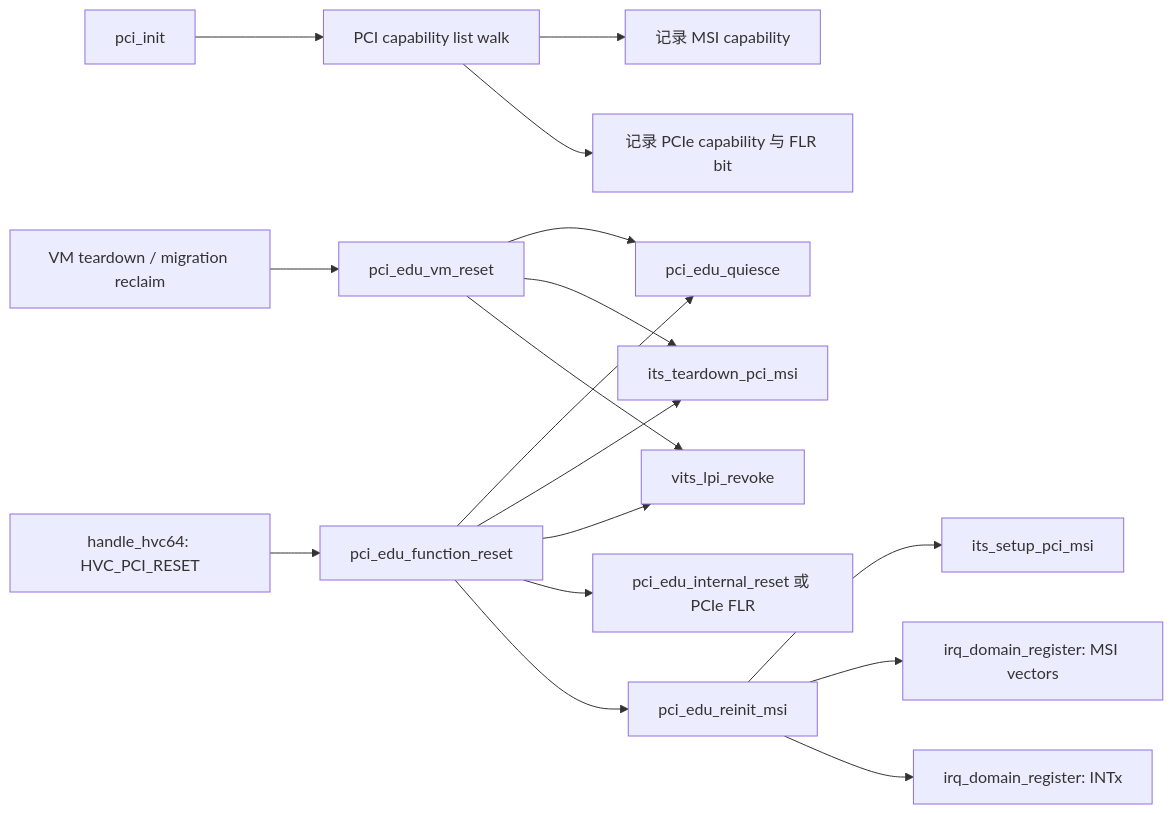
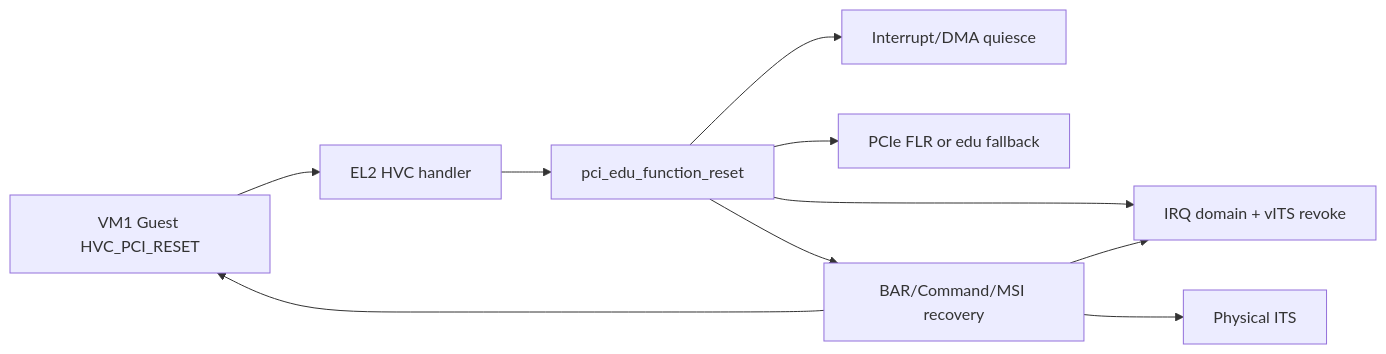
One commit to huangtan203/avisor changed the first of 4 diagrams in docs/Phase106_PCIe_FLR与edu设备复位_详细设计文档.md. Above: the diagram before and after it, drawn with Mermaid. The commit also changed other lines of this file, not shown here.

Commit message:
docs(pci): rebuild Phase 106 reset design

````diff
--- a/docs/Phase106_PCIe_FLR与edu设备复位_详细设计文档.md
+++ b/docs/Phase106_PCIe_FLR与edu设备复位_详细设计文档.md
@@ -46,19 +15,12 @@
 ```mermaid
 flowchart LR
-    A[pci_init] --> B[PCI capability list walk]
-    B --> C[记录 MSI capability]
-    B --> D[记录 PCIe capability 与 FLR bit]
-    E[handle_hvc64: HVC_PCI_RESET] --> F[pci_edu_function_reset]
-    F --> G[pci_edu_quiesce]
-    F --> H[its_teardown_pci_msi]
-    F --> I[vits_lpi_revoke]
-    F --> J[pci_edu_internal_reset 或 PCIe FLR]
-    F --> K[pci_edu_reinit_msi]
-    K --> L[its_setup_pci_msi]
-    K --> M[irq_domain_register: MSI vectors]
-    K --> N[irq_domain_register: INTx]
-    O[VM teardown / migration reclaim] --> P[pci_edu_vm_reset]
-    P --> G
-    P --> H
-    P --> I
+    Guest[VM1 Guest HVC_PCI_RESET] --> HVC[EL2 HVC handler]
+    HVC --> Reset[pci_edu_function_reset]
+    Reset --> Quiesce[Interrupt/DMA quiesce]
+    Reset --> Route[IRQ domain + vITS revoke]
+    Reset --> Device[PCIe FLR or edu fallback]
+    Reset --> Recover[BAR/Command/MSI recovery]
+    Recover --> ITS[Physical ITS]
+    Recover --> Route
+    Recover --> Guest
 ```
````
